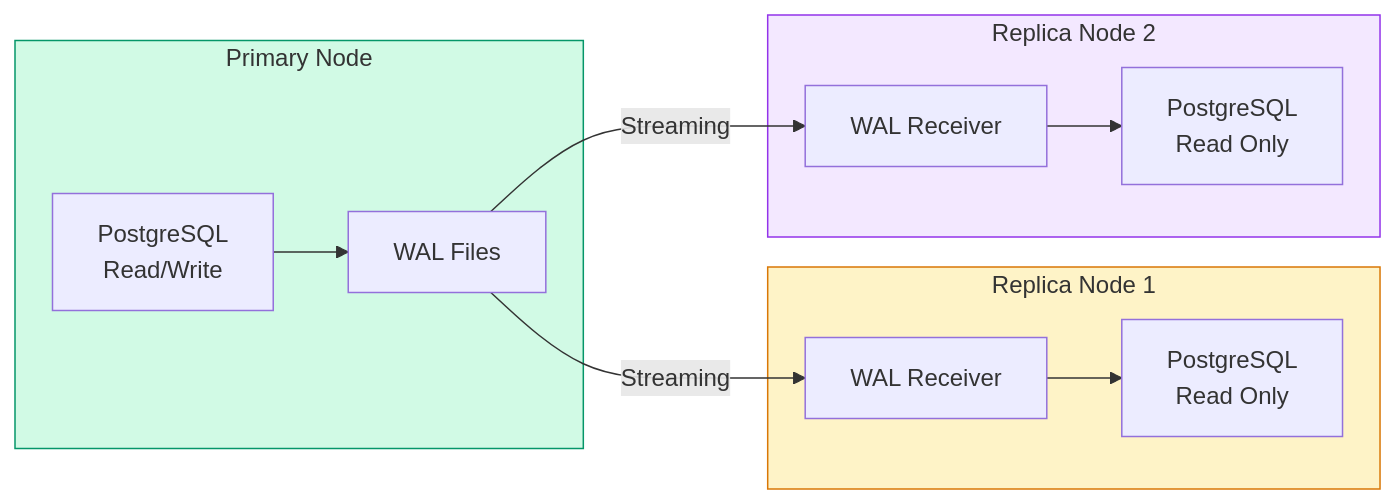
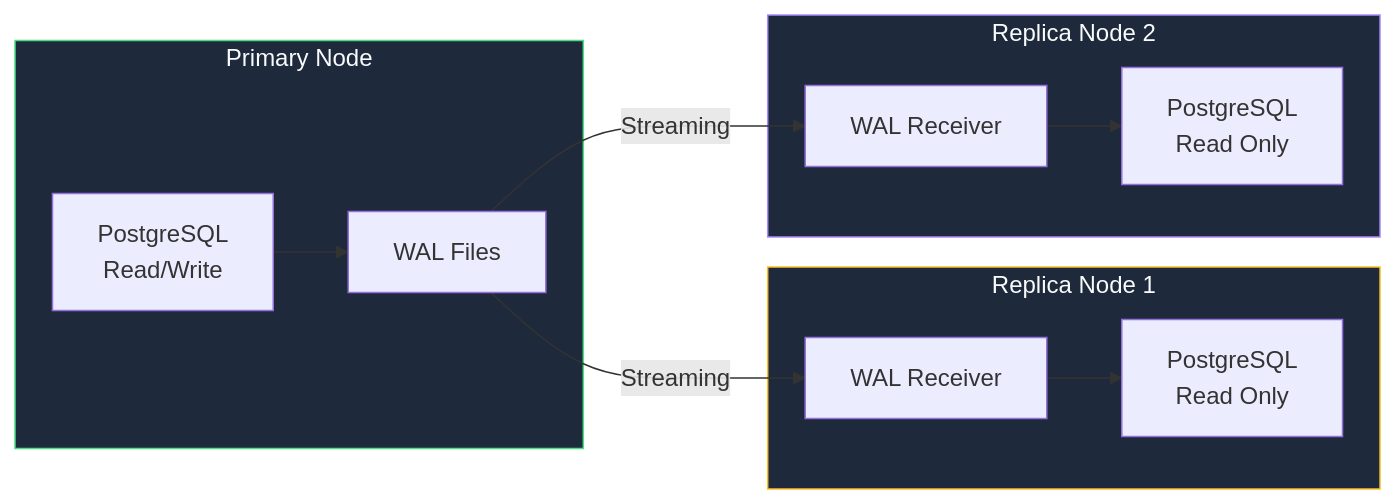
One commit to KombiverseLabs/docs changed the third of 4 diagrams in stackkits/kits/ha-homelab.mdx. Above: the diagram before and after it, drawn with Mermaid. The commit also changed other lines of this file and 33 other files, not shown here.

````diff
--- a/stackkits/kits/ha-homelab.mdx
+++ b/stackkits/kits/ha-homelab.mdx
@@ -108,27 +108,27 @@
 ```mermaid
 graph LR
     subgraph Primary["Primary Node"]
         PG1["PostgreSQL<br/>Read/Write"]
         WAL1["WAL Files"]
     end
     
     subgraph Replica1["Replica Node 1"]
         PG2["PostgreSQL<br/>Read Only"]
         WAL2["WAL Receiver"]
     end
     
     subgraph Replica2["Replica Node 2"]
         PG3["PostgreSQL<br/>Read Only"]
         WAL3["WAL Receiver"]
     end
     
     PG1 --> WAL1
     WAL1 -->|Streaming| WAL2
     WAL1 -->|Streaming| WAL3
     WAL2 --> PG2
     WAL3 --> PG3
     
-    style Primary fill:#d1fae5,stroke:#059669
-    style Replica1 fill:#fef3c7,stroke:#d97706
-    style Replica2 fill:#f3e8ff,stroke:#9333ea
+    style Primary fill:#1e293b,stroke:#4ade80,color:#f8fafc
+    style Replica1 fill:#1e293b,stroke:#fbbf24,color:#f8fafc
+    style Replica2 fill:#1e293b,stroke:#a78bfa,color:#f8fafc
 ```
````
